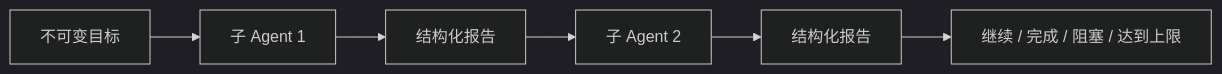
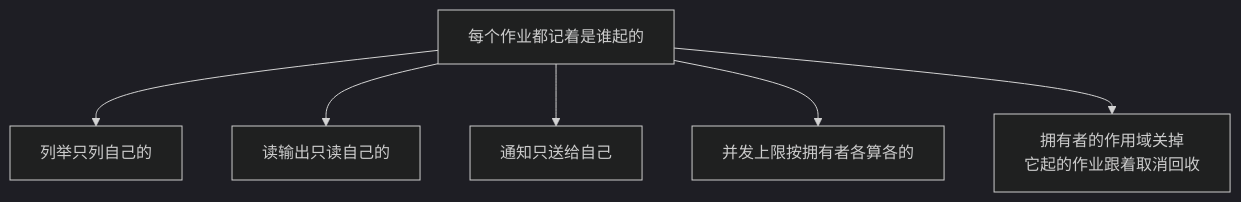
The eighth of 35 diagrams in docs/modules/workflow.md (snight1983/ds-harness-go), drawn with Mermaid (dark theme) before and after one commit. The commit also changed other lines of this file and 43 other files, not shown here.

Commit message:
docs: 图解架构与模块设计

````diff
--- a/docs/modules/workflow.md
+++ b/docs/modules/workflow.md
@@ -90,8 +98,8 @@
 ```mermaid
-flowchart LR
-    Goal["不可变目标"] --> W1["子 Agent 1"]
-    W1 --> R1["结构化报告"]
-    R1 --> W2["子 Agent 2"]
-    W2 --> R2["结构化报告"]
-    R2 --> More["继续 / 完成 / 阻塞 / 达到上限"]
+flowchart TD
+    A["每个作业都记着是谁起的"] --> A1["列举只列自己的"]
+    A --> A2["读输出只读自己的"]
+    A --> A3["通知只送给自己"]
+    A --> A4["并发上限按拥有者各算各的"]
+    A --> A5["拥有者的作用域关掉<br/>它起的作业跟着取消回收"]
 ```
````
